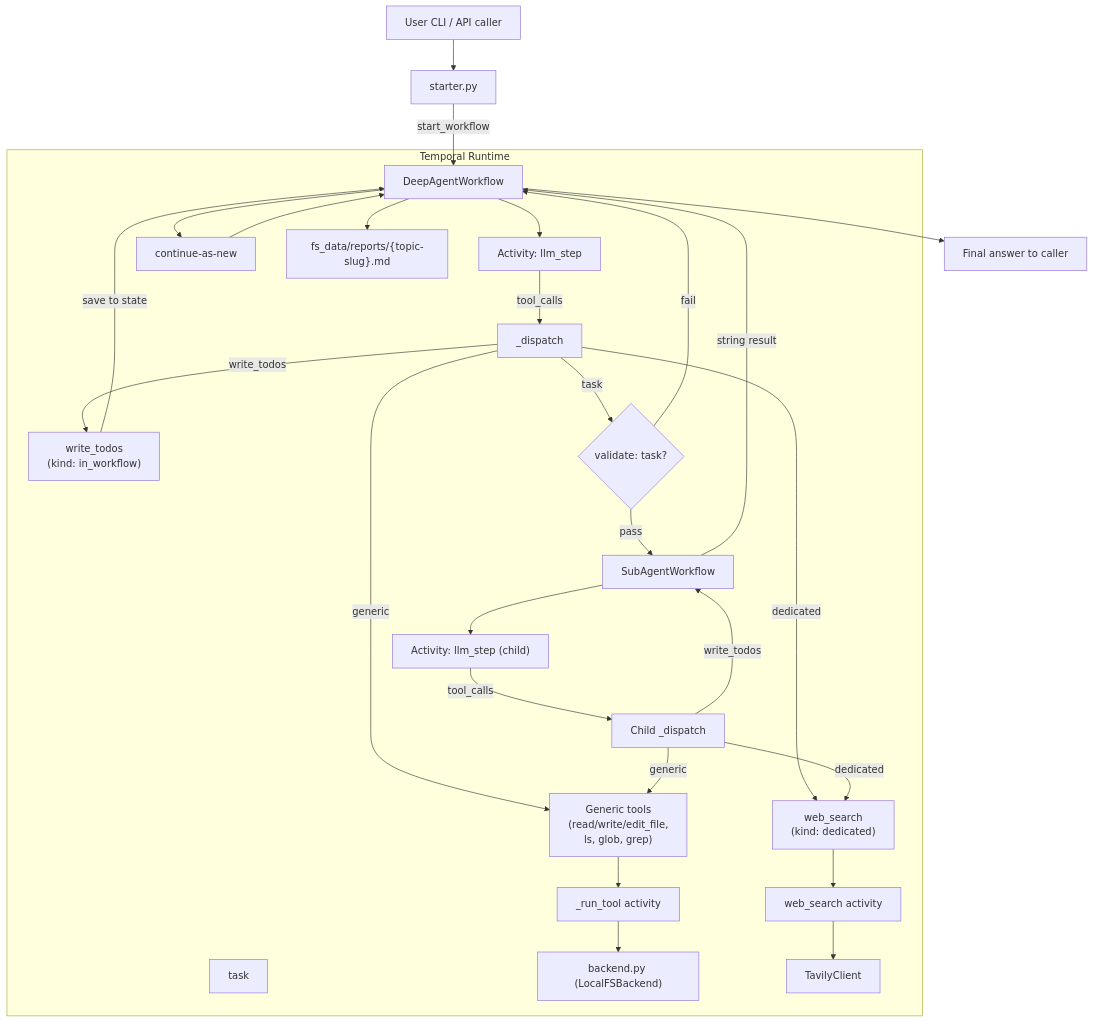
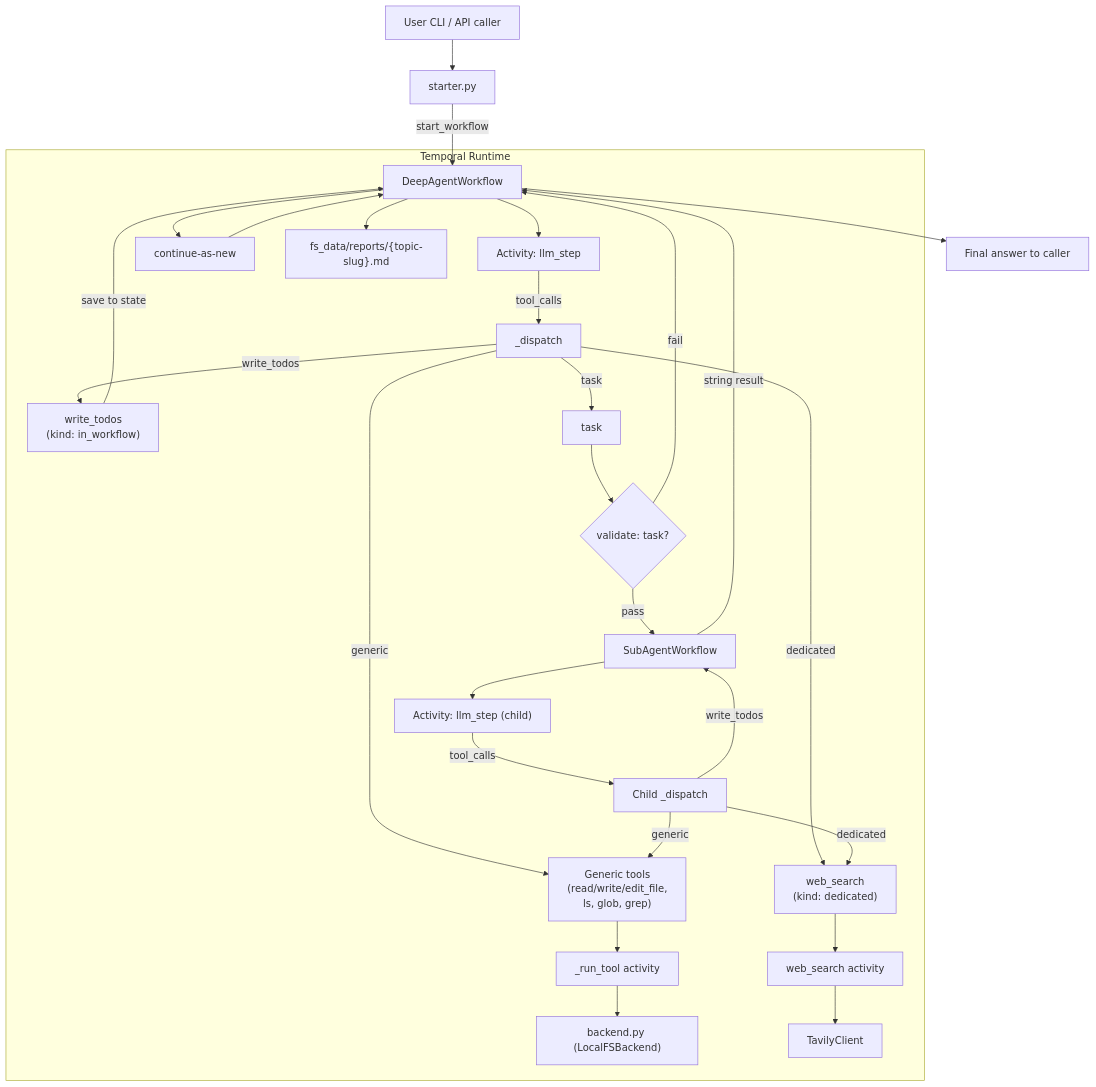
The first of 3 diagrams in README.md (Mann10/temporal_deep_agent), drawn with Mermaid before and after one commit.

Commit message:
Fix disconnected task node in Mermaid diagram

````diff
--- a/README.md
+++ b/README.md
@@ -106,61 +106,62 @@
 ```mermaid
 flowchart TD
     U["User CLI / API caller"]
     S["starter.py"]
 
     U --> S
     S -->|start_workflow| P
 
     subgraph "Temporal Runtime"
         P["DeepAgentWorkflow"]
         LLM["Activity: llm_step"]
         D["_dispatch"]
 
         WT["write_todos\n(kind: in_workflow)"]
         TK["task"]
         GT["Generic tools\n(read/write/edit_file,\nls, glob, grep)"]
         WS["web_search\n(kind: dedicated)"]
 
         RT["_run_tool activity"]
         WSA["web_search activity"]
         BK["backend.py (LocalFSBackend)"]
         TV["TavilyClient"]
 
         V{"validate: task?"}
         CH["SubAgentWorkflow"]
         CLLM["Activity: llm_step (child)"]
         CTK["Child _dispatch"]
         CR["continue-as-new"]
         FS["fs_data/reports/{topic-slug}.md"]
 
         P --> LLM
         LLM -->|tool_calls| D
 
         D -->|write_todos| WT
         WT -->|"save to state"| P
 
-        D -->|task| V
+        D -->|task| TK
+        TK --> V
         V -->|pass| CH
         V -->|fail| P
 
         D -->|generic| GT
         GT --> RT
         RT --> BK
 
         D -->|dedicated| WS
         WS --> WSA
         WSA --> TV
 
         CH --> CLLM
         CLLM -->|tool_calls| CTK
         CTK -->|generic| GT
         CTK -->|dedicated| WS
         CTK -->|write_todos| CH
     end
 
     CH -->|string result| P
     P --> R["Final answer to caller"]
     P --> CR
     CR --> P
     P --> FS
 ```
````
